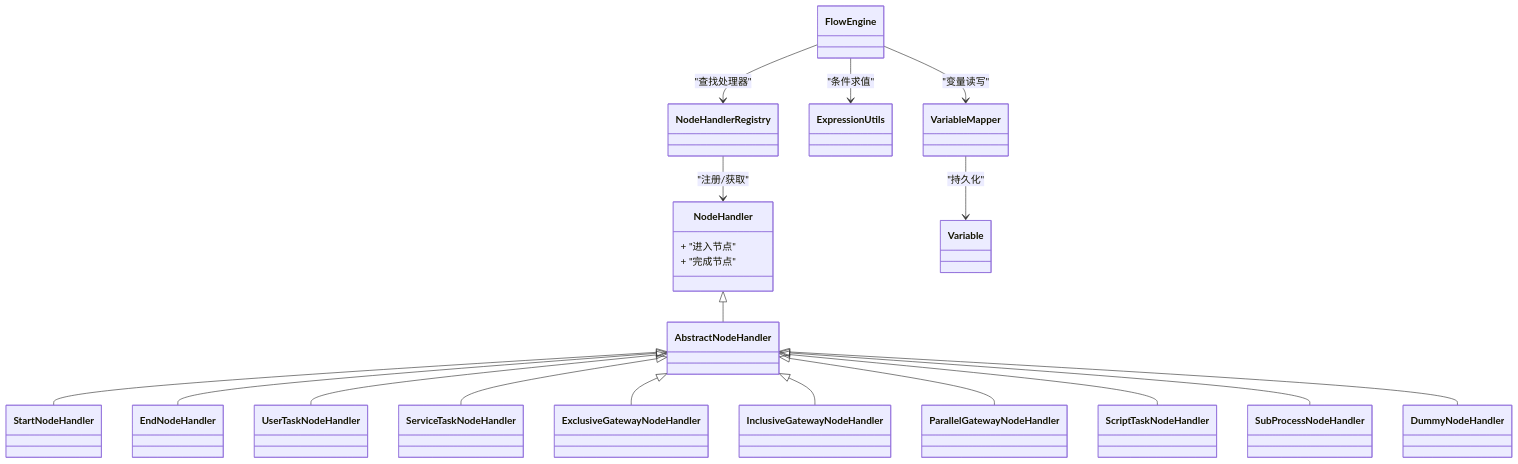
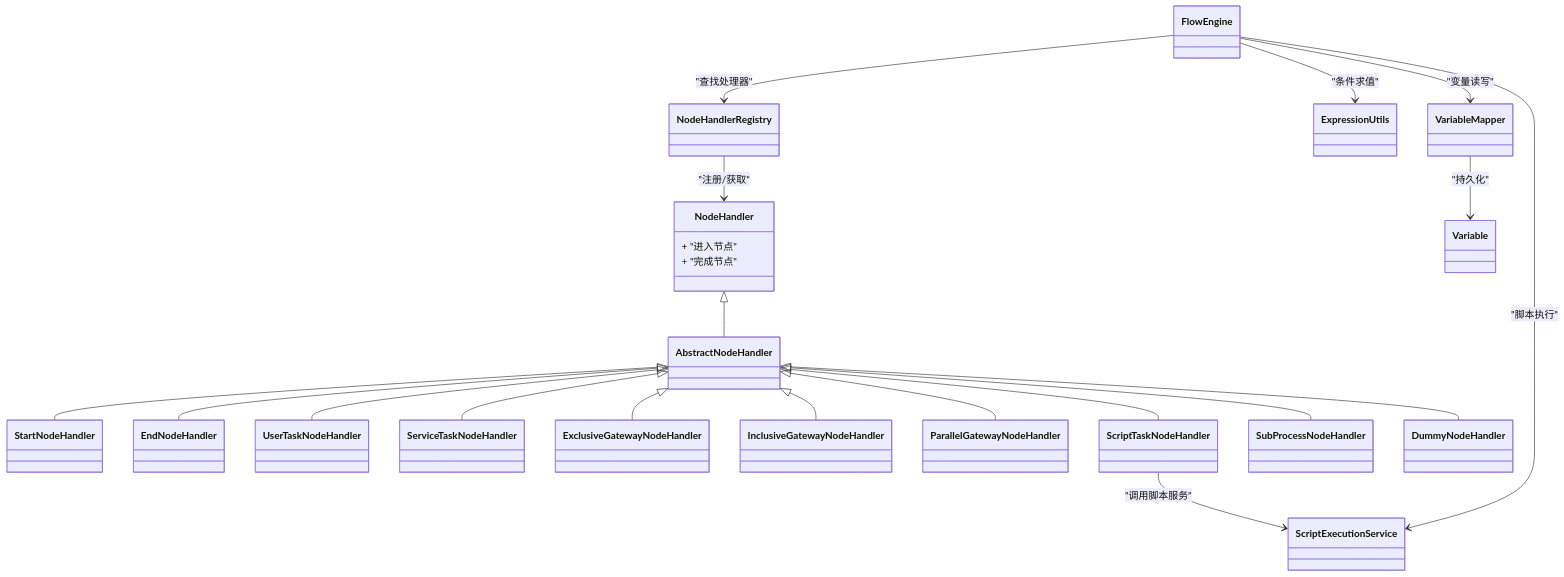
The fourth of 4 diagrams in .qoder/repowiki/zh/content/核心引擎设计/节点处理器架构/内置节点类型/内置节点类型.md (liming-lihaini/workflow), drawn with Mermaid before and after one commit. The commit also changed other lines of this file and 9 other files, not shown here.

````diff
--- a/.qoder/repowiki/zh/content/核心引擎设计/节点处理器架构/内置节点类型/内置节点类型.md
+++ b/.qoder/repowiki/zh/content/核心引擎设计/节点处理器架构/内置节点类型/内置节点类型.md
@@ -455,39 +529,42 @@
 ```mermaid
 classDiagram
 class NodeHandler {
 + "进入节点"
 + "完成节点"
 }
 class AbstractNodeHandler
 class StartNodeHandler
 class EndNodeHandler
 class UserTaskNodeHandler
 class ServiceTaskNodeHandler
 class ExclusiveGatewayNodeHandler
 class InclusiveGatewayNodeHandler
 class ParallelGatewayNodeHandler
 class ScriptTaskNodeHandler
 class SubProcessNodeHandler
 class DummyNodeHandler
 class NodeHandlerRegistry
 class FlowEngine
 class ExpressionUtils
 class VariableMapper
 class Variable
+class ScriptExecutionService
 NodeHandler <|-- AbstractNodeHandler
 AbstractNodeHandler <|-- StartNodeHandler
 AbstractNodeHandler <|-- EndNodeHandler
 AbstractNodeHandler <|-- UserTaskNodeHandler
 AbstractNodeHandler <|-- ServiceTaskNodeHandler
 AbstractNodeHandler <|-- ExclusiveGatewayNodeHandler
 AbstractNodeHandler <|-- InclusiveGatewayNodeHandler
 AbstractNodeHandler <|-- ParallelGatewayNodeHandler
 AbstractNodeHandler <|-- ScriptTaskNodeHandler
 AbstractNodeHandler <|-- SubProcessNodeHandler
 AbstractNodeHandler <|-- DummyNodeHandler
 FlowEngine --> NodeHandlerRegistry : "查找处理器"
 NodeHandlerRegistry --> NodeHandler : "注册/获取"
 FlowEngine --> ExpressionUtils : "条件求值"
 FlowEngine --> VariableMapper : "变量读写"
+FlowEngine --> ScriptExecutionService : "脚本执行"
+ScriptTaskNodeHandler --> ScriptExecutionService : "调用脚本服务"
 VariableMapper --> Variable : "持久化"
 ```
````
